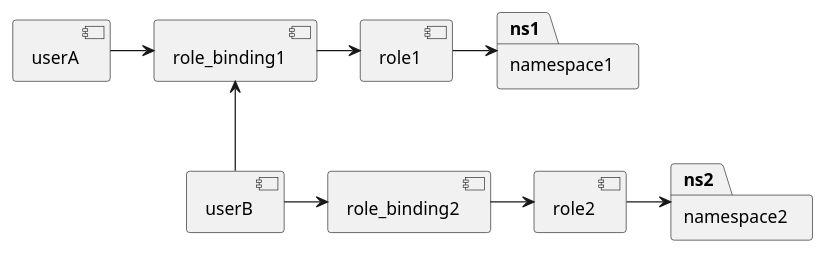
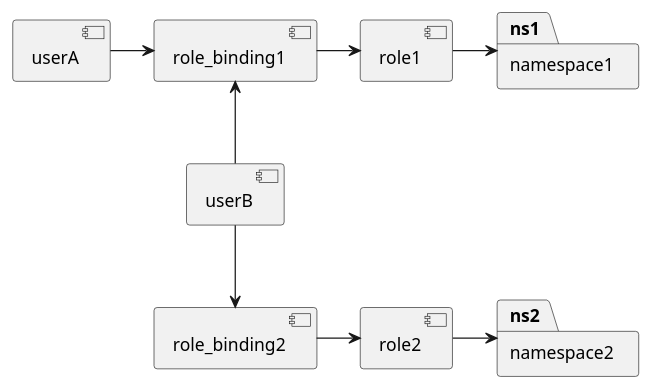
Before and after one commit to CodeJuan/blog: the diagram in source/_posts/k8s_multi_tenant.md, drawn with PlantUML. The commit also changed other lines of this file, not shown here.

```diff
--- a/source/_posts/k8s_multi_tenant.md
+++ b/source/_posts/k8s_multi_tenant.md
@@ -155,18 +180,18 @@
 {% plantuml %}
 package "namespace1" as ns1 {
 
 }
 
 package "namespace2" as ns2{
 
 }
 
 [role1]->ns1
 [userA]->[role_binding1]
 [role_binding1]->[role1]
 [userB] -up->[role_binding1]
 
-[userB]->[role_binding2]
+[userB] -down->[role_binding2]
 [role_binding2]->[role2]
 [role2]->ns2
 {% endplantuml %}
```
